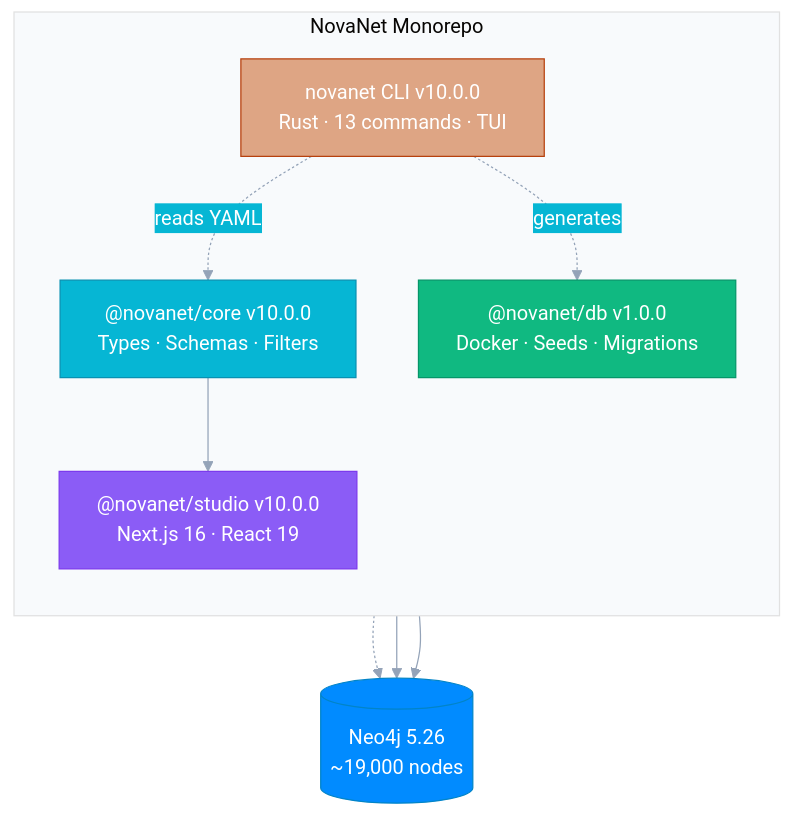
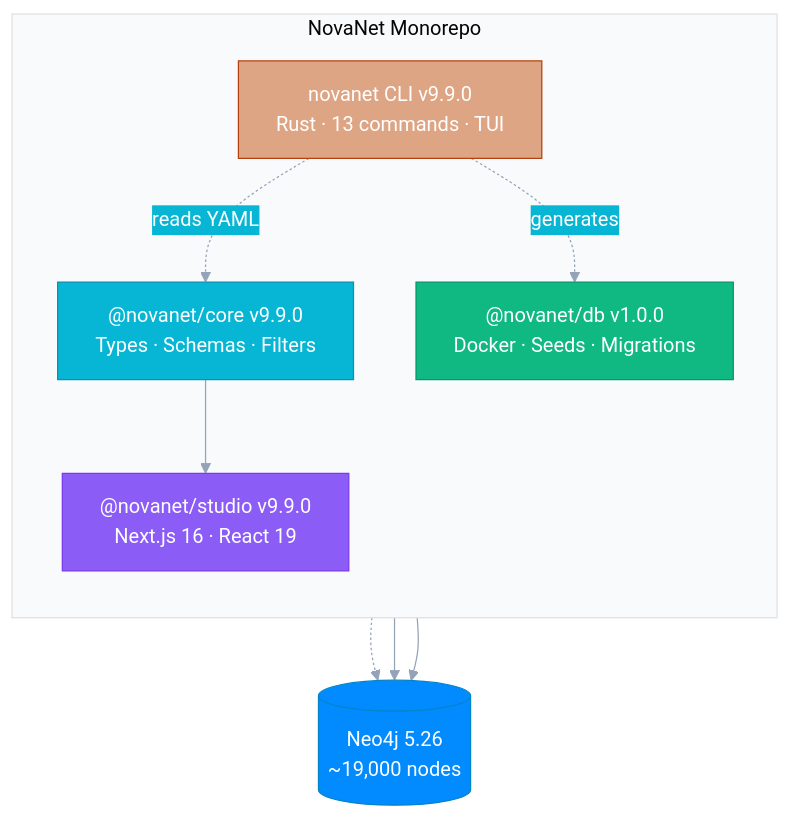
Before and after one commit to supernovae-st/novanet: the diagram in README.md, drawn with Mermaid. The commit also changed other lines of this file and 14 other files, not shown here.

````diff
--- a/README.md
+++ b/README.md
@@ -45,33 +45,33 @@
 ```mermaid
 %%{init: {'theme': 'base', 'themeVariables': {
   'primaryColor': '#6366f1',
   'primaryTextColor': '#fff',
   'primaryBorderColor': '#4f46e5',
   'lineColor': '#94a3b8',
   'secondaryColor': '#06b6d4',
   'tertiaryColor': '#f8fafc'
 }}}%%
 flowchart TB
     subgraph MONO["NovaNet Monorepo"]
         direction TB
-        CORE["@novanet/core v10.0.0\nTypes · Schemas · Filters"]
+        CORE["@novanet/core v9.9.0\nTypes · Schemas · Filters"]
         DB["@novanet/db v1.0.0\nDocker · Seeds · Migrations"]
-        STUDIO["@novanet/studio v10.0.0\nNext.js 16 · React 19"]
-        RUST["novanet CLI v10.0.0\nRust · 13 commands · TUI"]
+        STUDIO["@novanet/studio v9.9.0\nNext.js 16 · React 19"]
+        RUST["novanet CLI v9.9.0\nRust · 13 commands · TUI"]
     end
 
     CORE --> STUDIO
     RUST -.->|reads YAML| CORE
     RUST -.->|generates| DB
 
     NEO4J[("Neo4j 5.26\n~19,000 nodes")]
     DB -.-> NEO4J
     STUDIO --> NEO4J
     RUST --> NEO4J
 
     style CORE fill:#06b6d4,stroke:#0891b2,color:#fff
     style DB fill:#10b981,stroke:#059669,color:#fff
     style STUDIO fill:#8b5cf6,stroke:#7c3aed,color:#fff
     style RUST fill:#DEA584,stroke:#B7410E,color:#fff
     style NEO4J fill:#018bff,stroke:#0284c7,color:#fff
 ```
````
